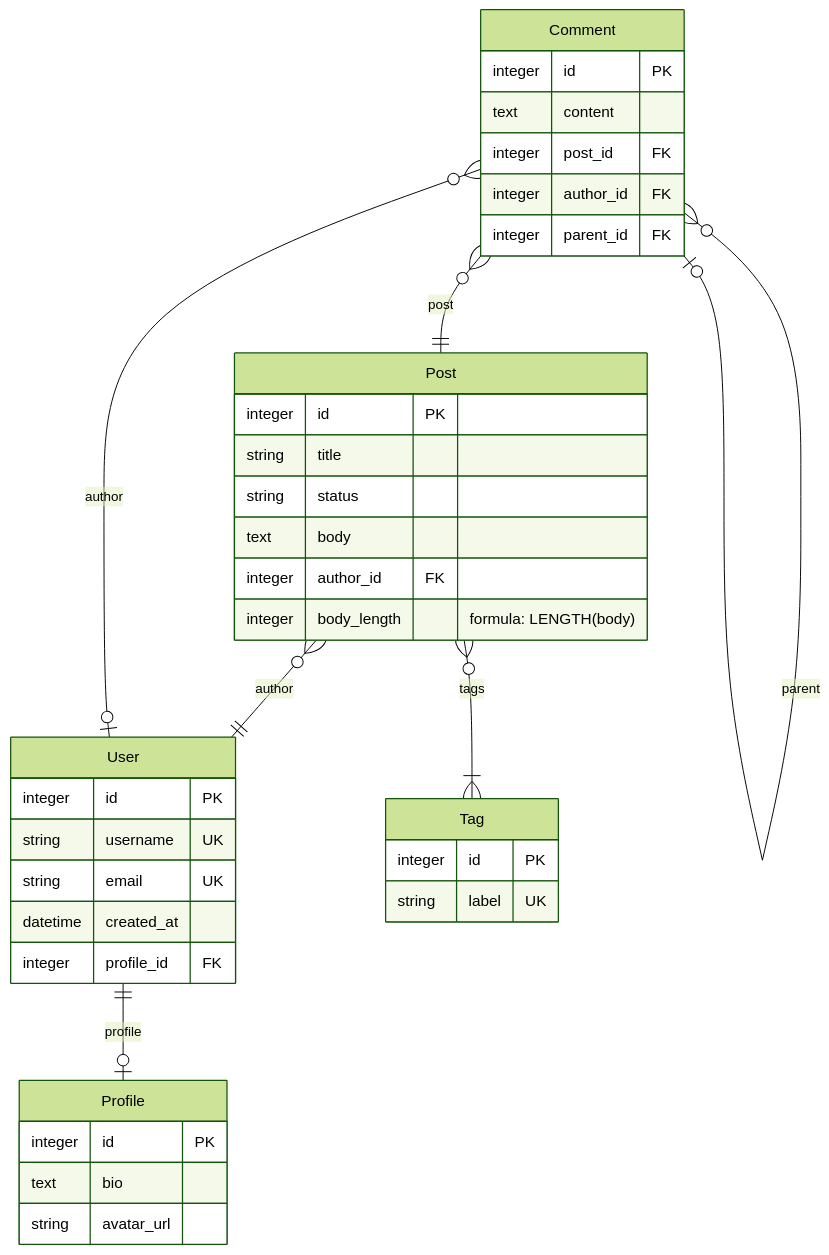
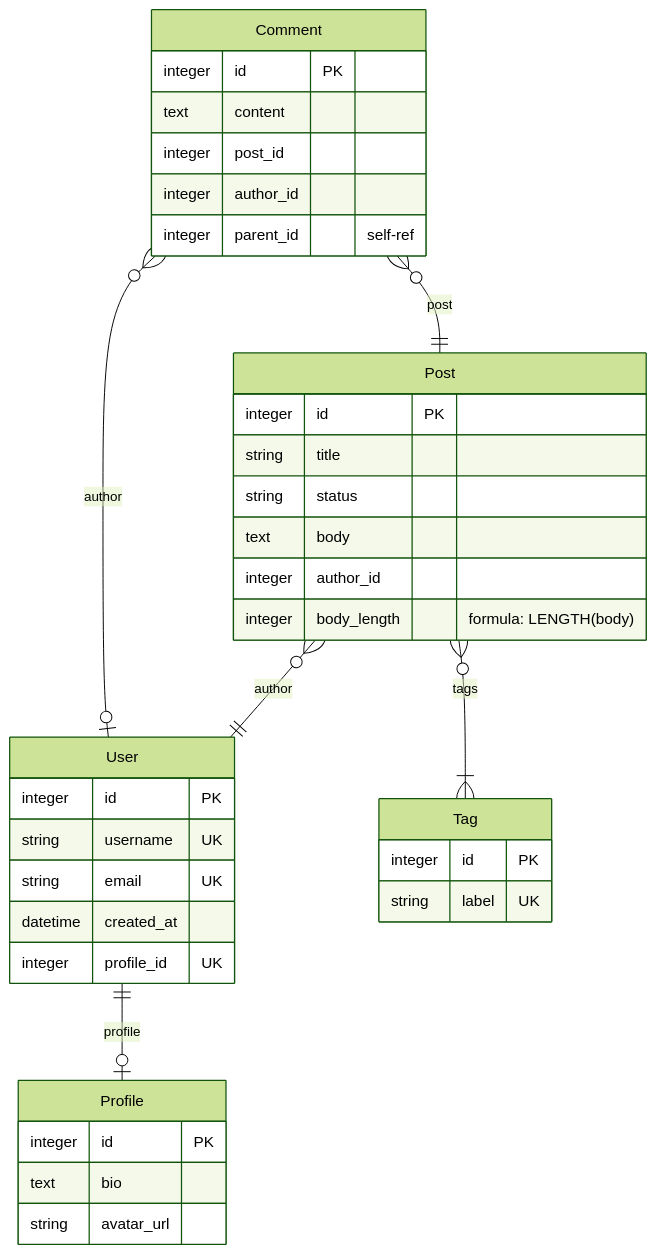
The second of 4 diagrams in examples/ERD.md (iamkanguk97/mikro-orm-markdown), drawn with Mermaid (forest theme) before and after one commit. The commit also changed other lines of this file and 14 other files, not shown here.

````diff
--- a/examples/ERD.md
+++ b/examples/ERD.md
@@ -95,40 +95,39 @@
 ```mermaid
 erDiagram
   User {
     integer id PK
     string username UK
     string email UK
     datetime created_at
-    integer profile_id FK
+    integer profile_id UK
   }
   Tag {
     integer id PK
     string label UK
   }
   Profile {
     integer id PK
     text bio
     string avatar_url
   }
   Post {
     integer id PK
     string title
     string status
     text body
-    integer author_id FK
+    integer author_id
     integer body_length "formula: LENGTH(body)"
   }
   Comment {
     integer id PK
     text content
-    integer post_id FK
-    integer author_id FK
-    integer parent_id FK
+    integer post_id
+    integer author_id
+    integer parent_id "self-ref"
   }
   User ||--o| Profile : "profile"
   Post }o--|| User : "author"
   Post }o--|{ Tag : "tags"
   Comment }o--|| Post : "post"
   Comment }o--o| User : "author"
-  Comment }o--o| Comment : "parent"
 ```
````
